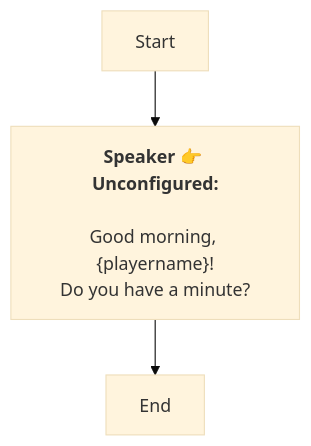
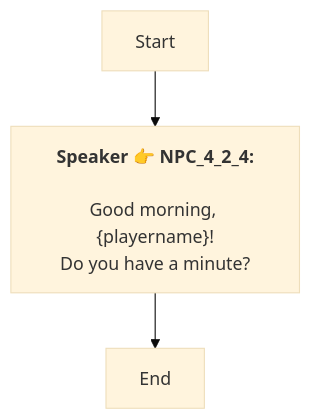
One commit to SoftHu/tos_avg changed the diagram in En/Dialog_55274870774984.md. Above: the diagram before and after it, drawn with Mermaid (base theme). The commit also changed 737 other files, not shown here.

````diff
--- a/En/Dialog_55274870774984.md
+++ b/En/Dialog_55274870774984.md
@@ -1,9 +1,8 @@
 ```mermaid
 graph
-Start -->1768795883434997[<b>Speaker 👉 Unconfigured:</b>
-
-Good morning, &lbrace;playername&rbrace;!
+Start -->1768795883434997[<b>Speaker 👉 NPC_4_2_4:</b>
+\nGood morning, &lbrace;playername&rbrace;!
 Do you have a minute?]
 1768795883434997 -->1768795928769526[End]
 
- ```
+```
````
